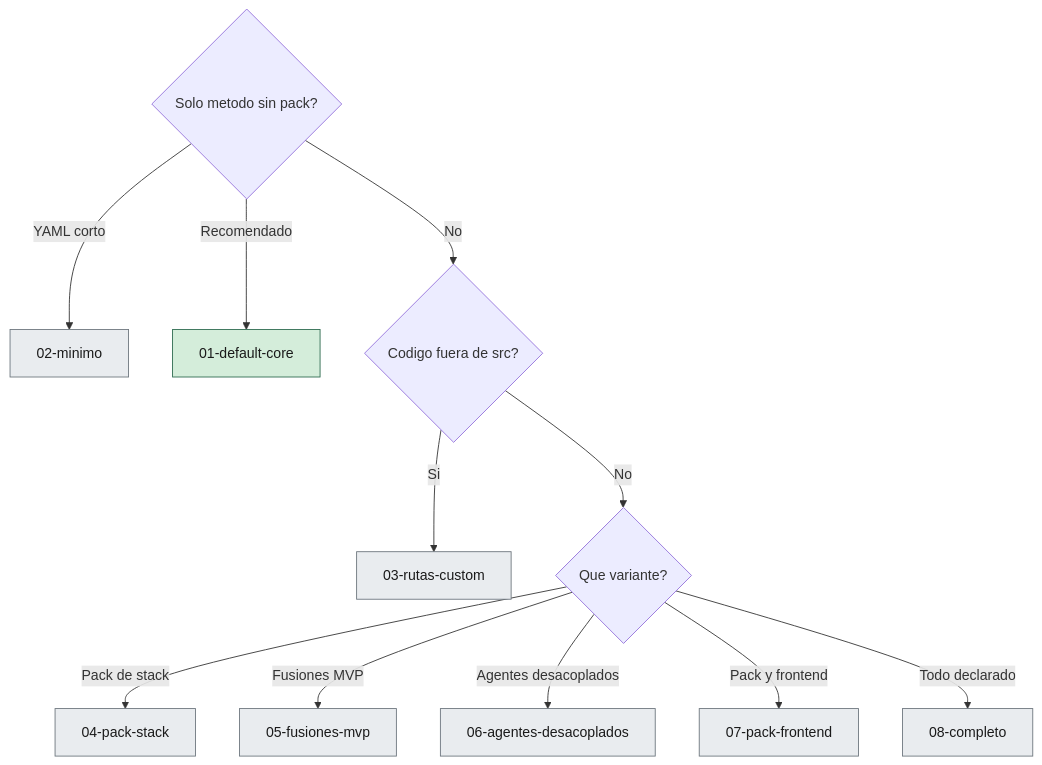
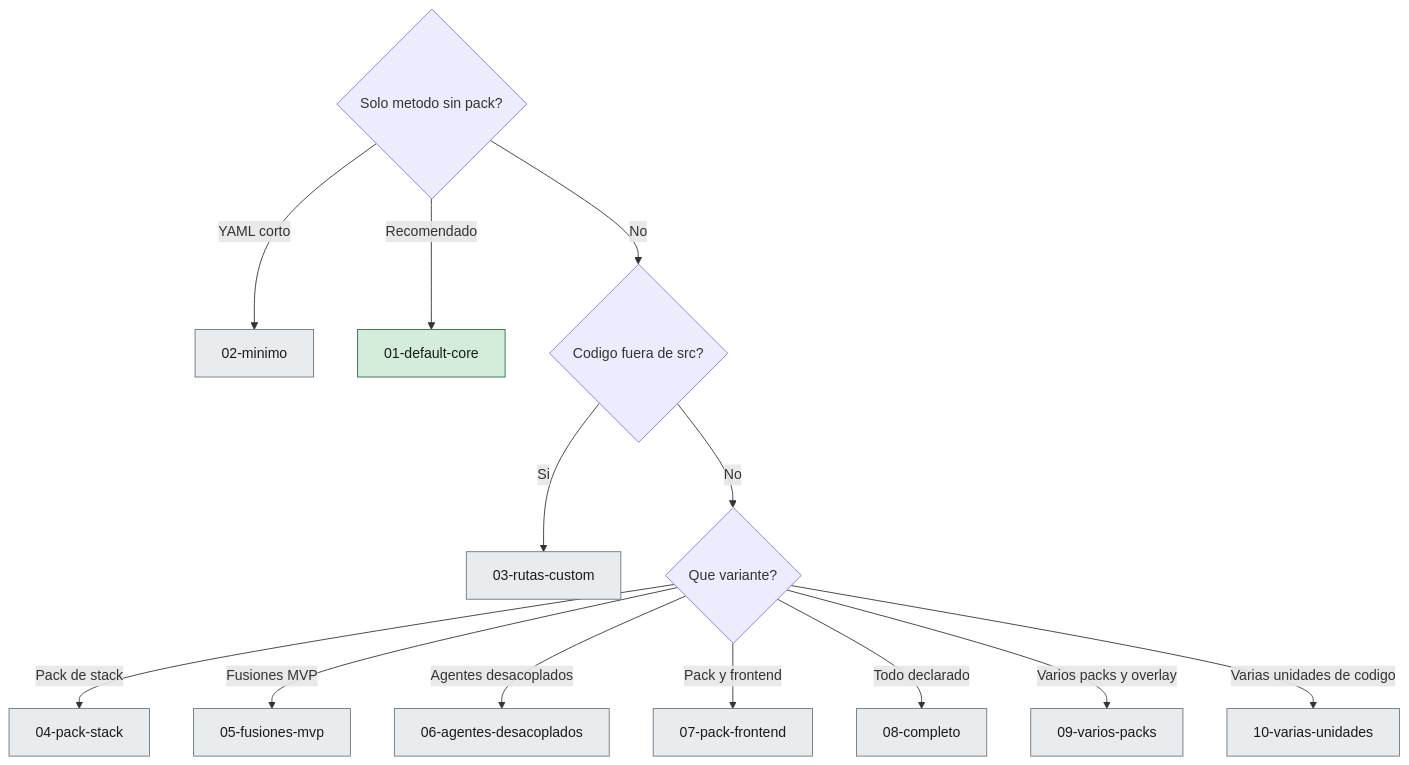
The diagram in examples/README.md (Cyberdine-Systems-Corporation/sdaf-core), drawn with Mermaid before and after one commit. The commit also changed other lines of this file and 12 other files, not shown here.

````diff
--- a/examples/README.md
+++ b/examples/README.md
@@ -24,18 +26,20 @@
 ```mermaid
 flowchart TD
   Q1{Solo metodo sin pack?}
   Q1 -->|YAML corto| E02[02-minimo]
   Q1 -->|Recomendado| E01[01-default-core]
   Q1 -->|No| Q2{Codigo fuera de src?}
   Q2 -->|Si| E03[03-rutas-custom]
   Q2 -->|No| Q3{Que variante?}
   Q3 -->|Pack de stack| E04[04-pack-stack]
   Q3 -->|Fusiones MVP| E05[05-fusiones-mvp]
   Q3 -->|Agentes desacoplados| E06[06-agentes-desacoplados]
   Q3 -->|Pack y frontend| E07[07-pack-frontend]
   Q3 -->|Todo declarado| E08[08-completo]
+  Q3 -->|Varios packs y overlay| E09[09-varios-packs]
+  Q3 -->|Varias unidades de codigo| E10[10-varias-unidades]
   classDef ok fill:#d4edda,stroke:#2d6a4f,color:#1a1a1a;
   classDef stub fill:#e9ecef,stroke:#6c757d,color:#1a1a1a;
   class E01 ok
-  class E02,E03,E04,E05,E06,E07,E08 stub
+  class E02,E03,E04,E05,E06,E07,E08,E09,E10 stub
 ```
````
